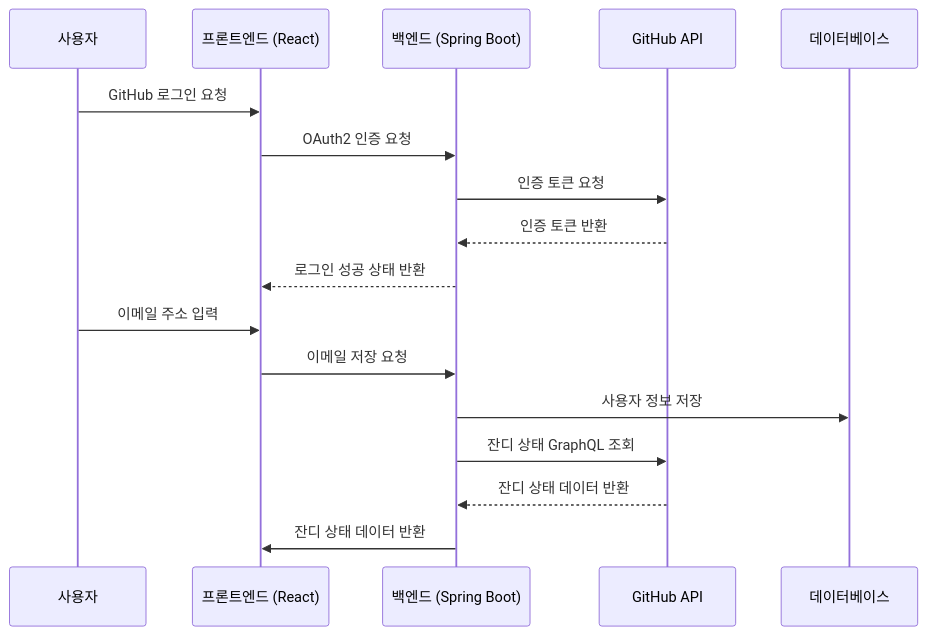
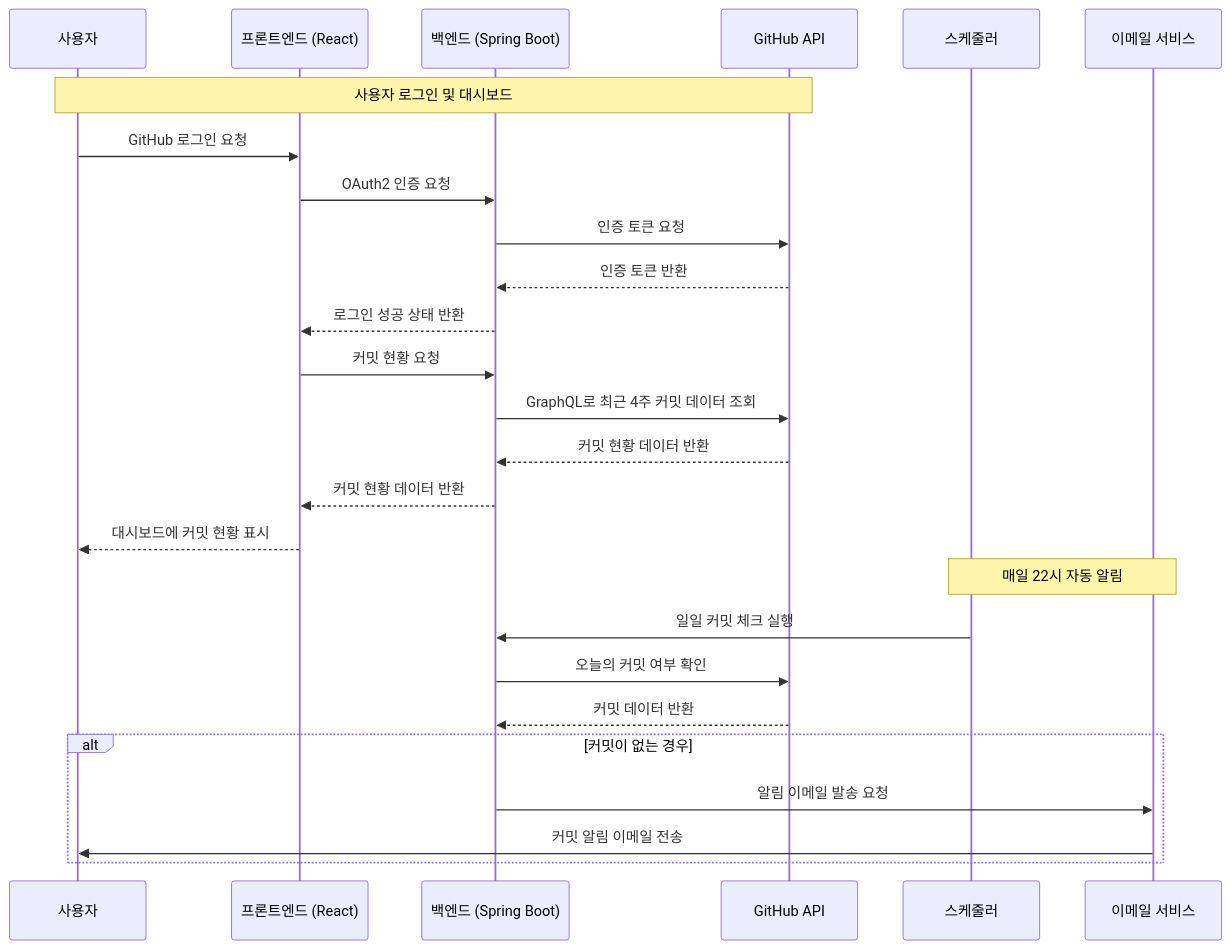
One commit to CodeOnLeo/git-gardner changed the third of 3 diagrams in README.md. Above: the diagram before and after it, drawn with Mermaid. The commit also changed other lines of this file, not shown here.

````diff
--- a/README.md
+++ b/README.md
@@ -73,20 +104,31 @@
 ```mermaid
 sequenceDiagram
     participant User as 사용자
     participant Frontend as 프론트엔드 (React)
     participant Backend as 백엔드 (Spring Boot)
     participant GitHub as GitHub API
-    participant DB as 데이터베이스
+    participant Scheduler as 스케줄러
+    participant EmailService as 이메일 서비스
 
+    Note over User, GitHub: 사용자 로그인 및 대시보드
     User ->> Frontend: GitHub 로그인 요청
     Frontend ->> Backend: OAuth2 인증 요청
     Backend ->> GitHub: 인증 토큰 요청
     GitHub -->> Backend: 인증 토큰 반환
     Backend -->> Frontend: 로그인 성공 상태 반환
-    User ->> Frontend: 이메일 주소 입력
-    Frontend ->> Backend: 이메일 저장 요청
-    Backend ->> DB: 사용자 정보 저장
-    Backend ->> GitHub: 잔디 상태 GraphQL 조회
-    GitHub -->> Backend: 잔디 상태 데이터 반환
-    Backend ->> Frontend: 잔디 상태 데이터 반환
+    
+    Frontend ->> Backend: 커밋 현황 요청
+    Backend ->> GitHub: GraphQL로 최근 4주 커밋 데이터 조회
+    GitHub -->> Backend: 커밋 현황 데이터 반환
+    Backend -->> Frontend: 커밋 현황 데이터 반환
+    Frontend -->> User: 대시보드에 커밋 현황 표시
+
+    Note over Scheduler, EmailService: 매일 22시 자동 알림
+    Scheduler ->> Backend: 일일 커밋 체크 실행
+    Backend ->> GitHub: 오늘의 커밋 여부 확인
+    GitHub -->> Backend: 커밋 데이터 반환
+    alt 커밋이 없는 경우
+        Backend ->> EmailService: 알림 이메일 발송 요청
+        EmailService ->> User: 커밋 알림 이메일 전송
+    end
 ```
````
